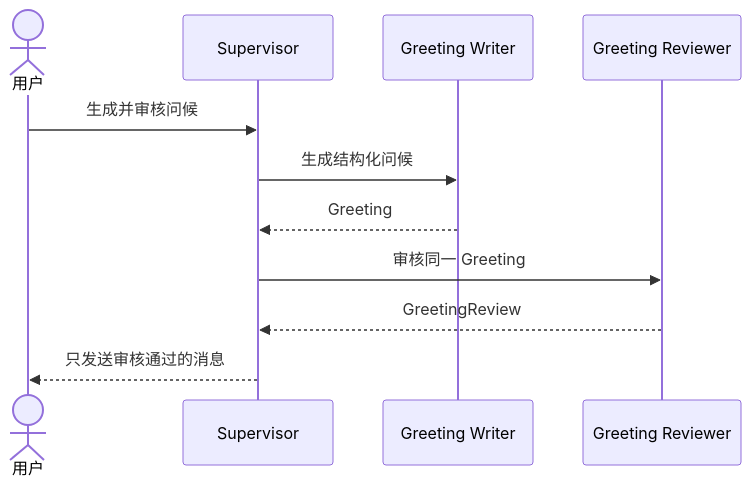
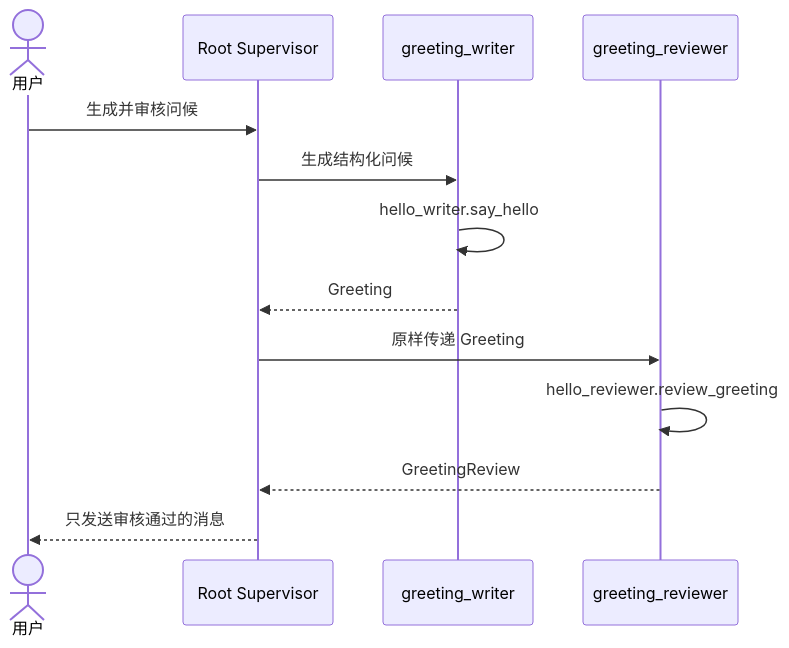
The diagram in docs/tutorials/hello-agent-team.md (JO-WTF/open-web-codex), drawn with Mermaid before and after one commit. The commit also changed other lines of this file and 100 other files, not shown here.

````diff
--- a/docs/tutorials/hello-agent-team.md
+++ b/docs/tutorials/hello-agent-team.md
@@ -19,14 +19,16 @@
 ```mermaid
 sequenceDiagram
     actor U as 用户
-    participant S as Supervisor
-    participant W as Greeting Writer
-    participant R as Greeting Reviewer
+    participant S as Root Supervisor
+    participant W as greeting_writer
+    participant R as greeting_reviewer
 
     U->>S: 生成并审核问候
     S->>W: 生成结构化问候
+    W->>W: hello_writer.say_hello
     W-->>S: Greeting
-    S->>R: 审核同一 Greeting
+    S->>R: 原样传递 Greeting
+    R->>R: hello_reviewer.review_greeting
     R-->>S: GreetingReview
     S-->>U: 只发送审核通过的消息
 ```
````
